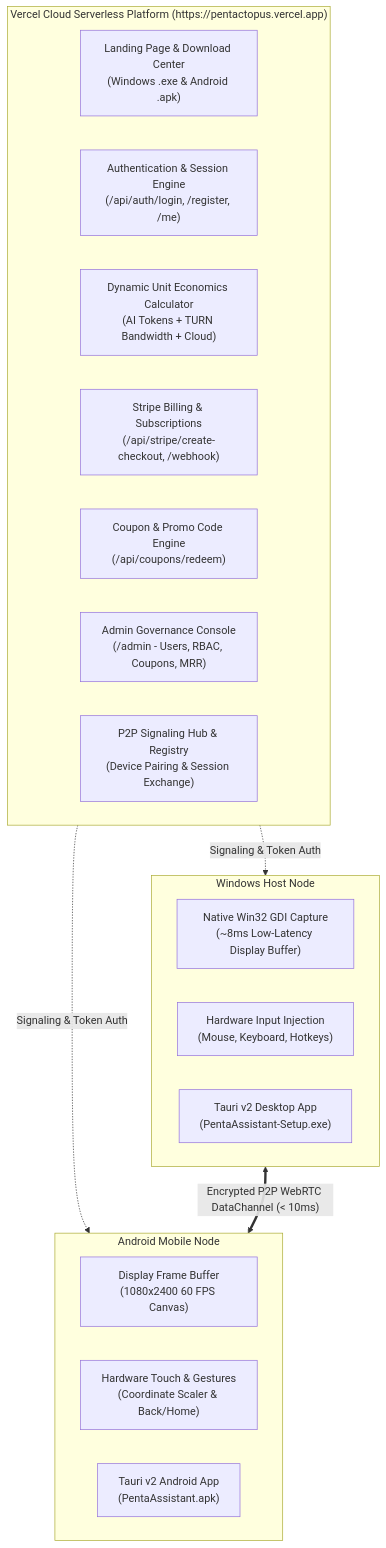
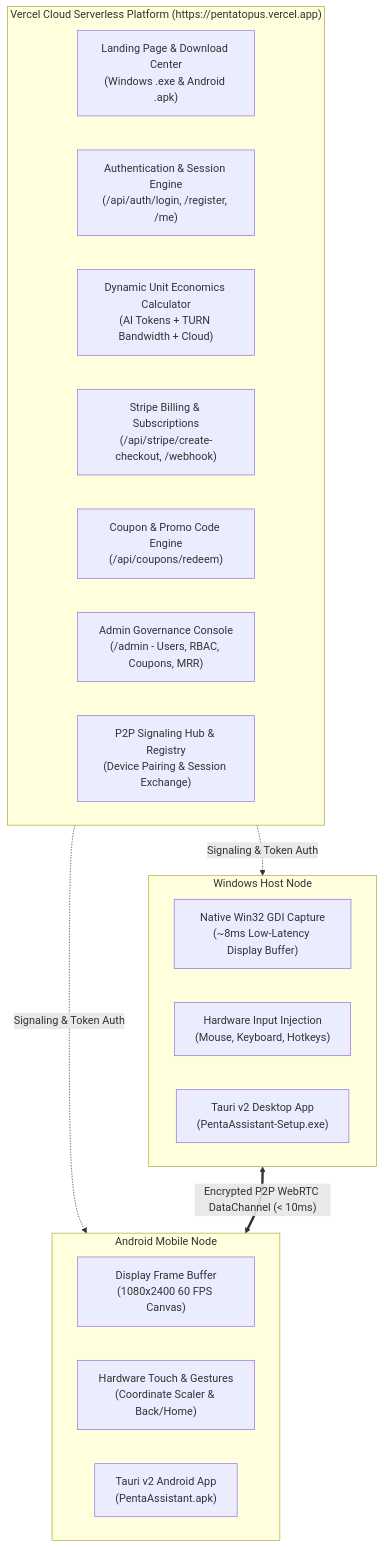
Before and after one commit to Sany655/pentactopus: the diagram in README.md, drawn with Mermaid. The commit also changed other lines of this file and 21 other files, not shown here.

Commit message:
docs: Global rename Pentactopus to Pentatopus across all files

````diff
--- a/README.md
+++ b/README.md
@@ -83,28 +83,28 @@
 ```mermaid
 graph TB
-    subgraph CloudRelay["Vercel Cloud Serverless Platform (https://pentactopus.vercel.app)"]
+    subgraph CloudRelay["Vercel Cloud Serverless Platform (https://pentatopus.vercel.app)"]
         LP["Landing Page & Download Center<br/>(Windows .exe & Android .apk)"]
         AuthEng["Authentication & Session Engine<br/>(/api/auth/login, /register, /me)"]
         CostCalc["Dynamic Unit Economics Calculator<br/>(AI Tokens + TURN Bandwidth + Cloud)"]
         StripeEng["Stripe Billing & Subscriptions<br/>(/api/stripe/create-checkout, /webhook)"]
         CouponEng["Coupon & Promo Code Engine<br/>(/api/coupons/redeem)"]
         AdminDash["Admin Governance Console<br/>(/admin - Users, RBAC, Coupons, MRR)"]
         SignalingRelay["P2P Signaling Hub & Registry<br/>(Device Pairing & Session Exchange)"]
     end
 
     subgraph HostPC["Windows Host Node"]
         WinGDI["Native Win32 GDI Capture<br/>(~8ms Low-Latency Display Buffer)"]
         PCCtrl["Hardware Input Injection<br/>(Mouse, Keyboard, Hotkeys)"]
         PCNative["Tauri v2 Desktop App<br/>(PentaAssistant-Setup.exe)"]
     end
 
     subgraph MobileNode["Android Mobile Node"]
         PhoneScreen["Display Frame Buffer<br/>(1080x2400 60 FPS Canvas)"]
         PhoneTouch["Hardware Touch & Gestures<br/>(Coordinate Scaler & Back/Home)"]
         MobileApp["Tauri v2 Android App<br/>(PentaAssistant.apk)"]
     end
 
     CloudRelay -. "Signaling & Token Auth" .-> HostPC
     CloudRelay -. "Signaling & Token Auth" .-> MobileNode
     HostPC <== "Encrypted P2P WebRTC DataChannel (< 10ms)" ==> MobileNode
 ```
````
